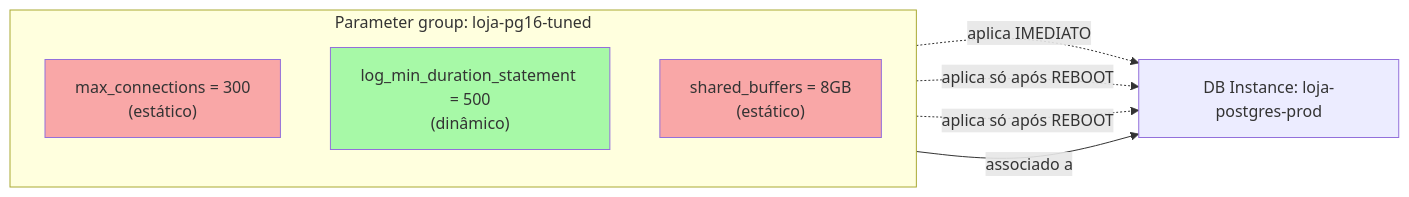
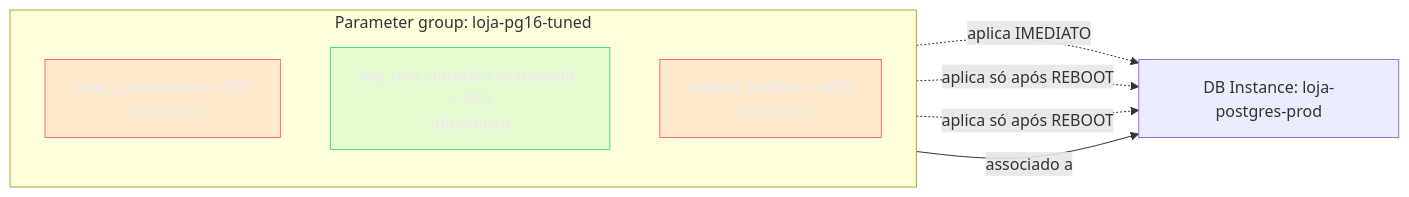
One commit to josenaldo/codex-technomanticus changed the second of 3 diagrams in 03-Dominios/Tecnologia/Cloud/09 - Bancos gerenciados/02 - RDS e Managed Databases a fundo.md. Above: the diagram before and after it, drawn with Mermaid. The commit also changed other lines of this file and 1181 other files, not shown here.

First line of the commit message:
fix(diagramas): paleta do sistema no lugar de cor cravada no markdown

````diff
--- a/03-Dominios/Tecnologia/Cloud/09 - Bancos gerenciados/02 - RDS e Managed Databases a fundo.md
+++ b/03-Dominios/Tecnologia/Cloud/09 - Bancos gerenciados/02 - RDS e Managed Databases a fundo.md
@@ -151,17 +154,19 @@
 ```mermaid
 flowchart LR
+    classDef falha fill:#FF6B6B24,stroke:#FF6B6B,color:#E9ECF2
+    classDef ok fill:#4ADE8021,stroke:#4ADE80,color:#E9ECF2
     subgraph PG["Parameter group: loja-pg16-tuned"]
         direction TB
         P1["max_connections = 300<br/>(estático)"]
         P2["log_min_duration_statement = 500<br/>(dinâmico)"]
         P3["shared_buffers = 8GB<br/>(estático)"]
     end
     PG -->|"associado a"| Instance["DB Instance: loja-postgres-prod"]
     P2 -.->|"aplica IMEDIATO"| Instance
     P1 -.->|"aplica só após REBOOT"| Instance
     P3 -.->|"aplica só após REBOOT"| Instance
 
-    style P1 fill:#f9a7a7
-    style P3 fill:#f9a7a7
-    style P2 fill:#a7f9a7
+    class P1 falha
+    class P3 falha
+    class P2 ok
 ```
````
